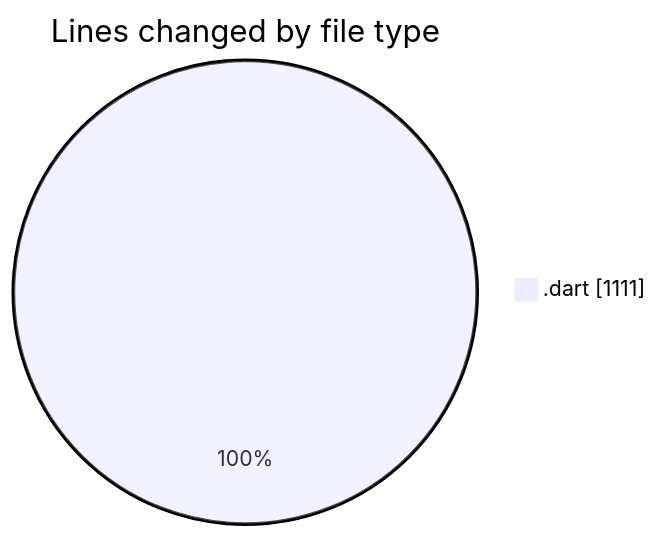
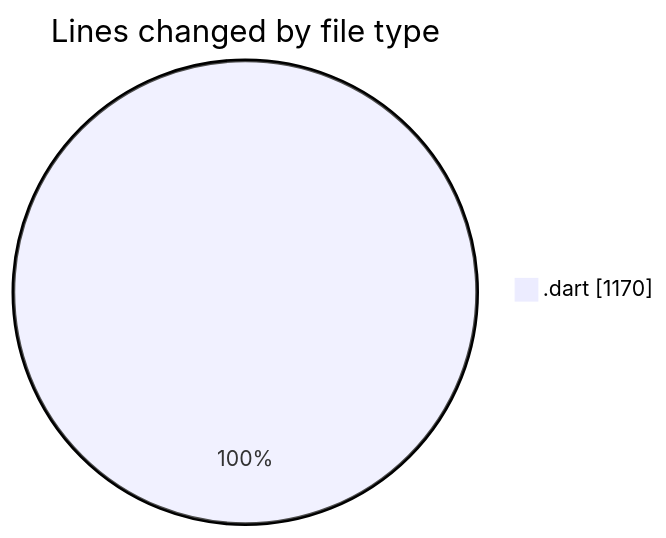
Before and after one commit to donsfak/code-tracking: the first of 2 diagrams in 2025-03-08/uber_clone/README.md, drawn with Mermaid. The commit also changed other lines of this file and 1 other file, not shown here.

````diff
--- a/2025-03-08/uber_clone/README.md
+++ b/2025-03-08/uber_clone/README.md
@@ -21,5 +21,5 @@
 ```mermaid
 pie showData
 title Lines changed by file type
-".dart" : 1111
+".dart" : 1170
 ```
````
